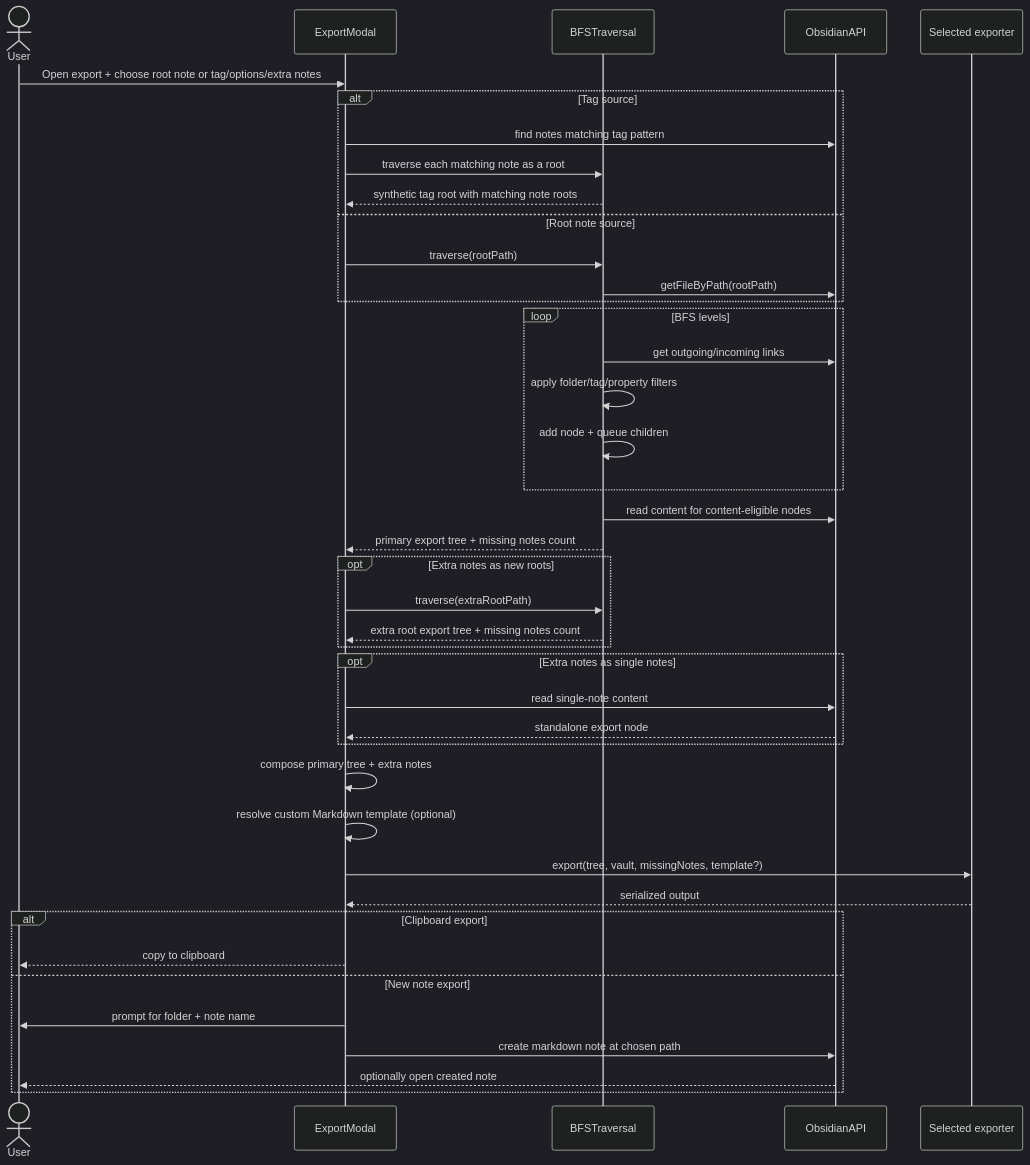
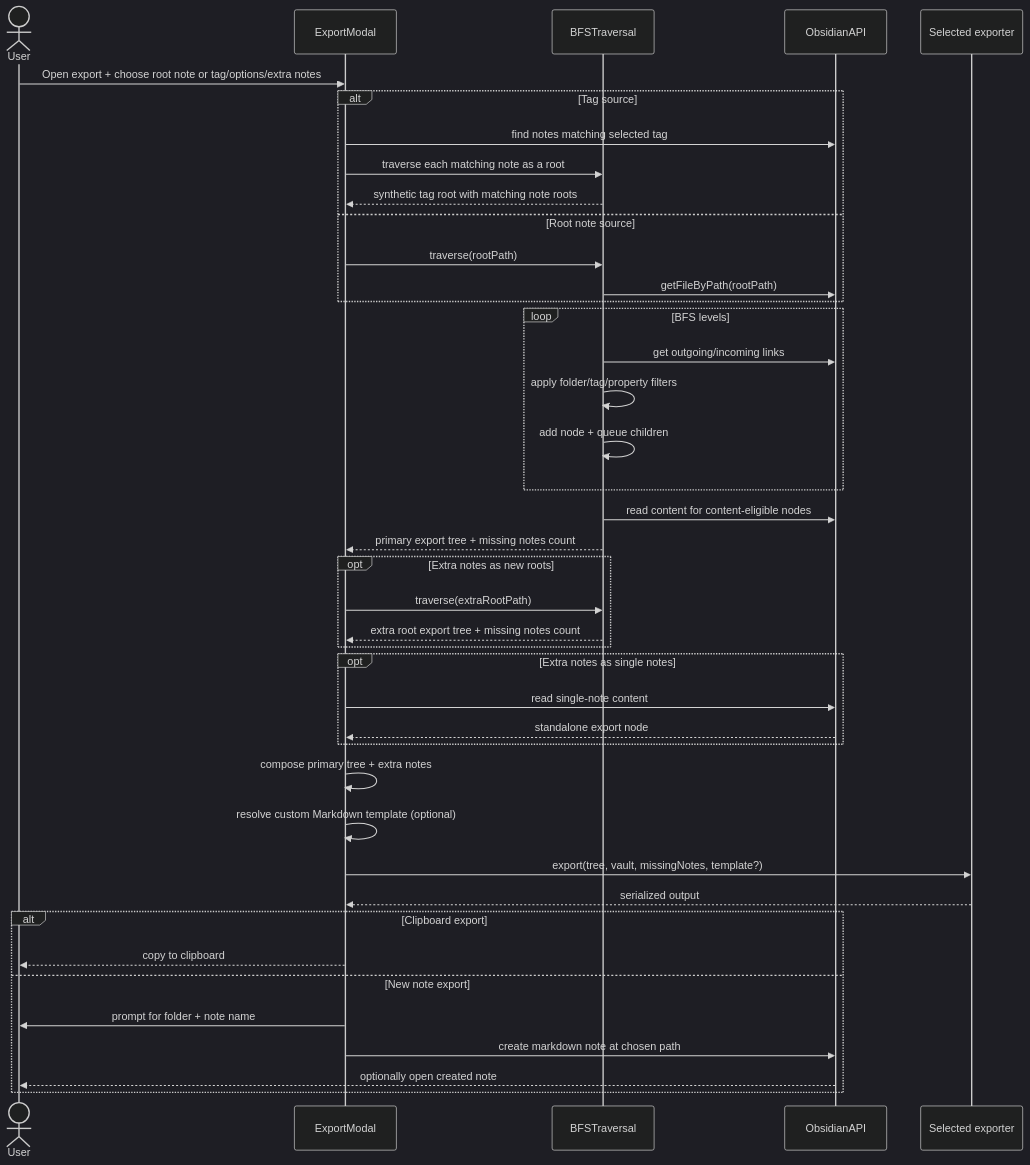
The first of 3 diagrams in docs/export-architecture.md (LittleHaku/obsidian-smart-export), drawn with Mermaid (dark theme) before and after one commit. The commit also changed other lines of this file and 2 other files, not shown here.

Commit message:
tag selector

````diff
--- a/docs/export-architecture.md
+++ b/docs/export-architecture.md
@@ -23,44 +23,44 @@
 ```mermaid
 sequenceDiagram
     actor User
     participant Modal as ExportModal
     participant Traversal as BFSTraversal
     participant API as ObsidianAPI
     participant Exporter as Selected exporter
 
     User->>Modal: Open export + choose root note or tag/options/extra notes
     alt Tag source
-        Modal->>API: find notes matching tag pattern
+        Modal->>API: find notes matching selected tag
         Modal->>Traversal: traverse each matching note as a root
         Traversal-->>Modal: synthetic tag root with matching note roots
     else Root note source
         Modal->>Traversal: traverse(rootPath)
         Traversal->>API: getFileByPath(rootPath)
     end
     loop BFS levels
         Traversal->>API: get outgoing/incoming links
         Traversal->>Traversal: apply folder/tag/property filters
         Traversal->>Traversal: add node + queue children
     end
     Traversal->>API: read content for content-eligible nodes
     Traversal-->>Modal: primary export tree + missing notes count
     opt Extra notes as new roots
         Modal->>Traversal: traverse(extraRootPath)
         Traversal-->>Modal: extra root export tree + missing notes count
     end
     opt Extra notes as single notes
         Modal->>API: read single-note content
         API-->>Modal: standalone export node
     end
     Modal->>Modal: compose primary tree + extra notes
     Modal->>Modal: resolve custom Markdown template (optional)
     Modal->>Exporter: export(tree, vault, missingNotes, template?)
     Exporter-->>Modal: serialized output
     alt Clipboard export
         Modal-->>User: copy to clipboard
     else New note export
         Modal->>User: prompt for folder + note name
         Modal->>API: create markdown note at chosen path
         API-->>User: optionally open created note
     end
 ```
````
